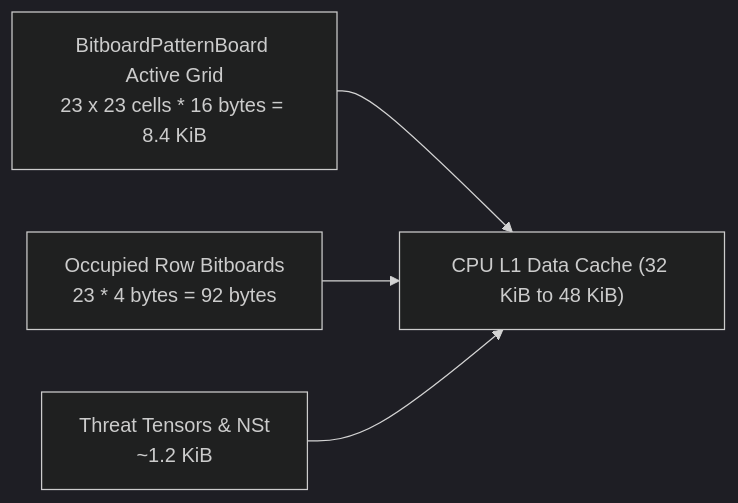
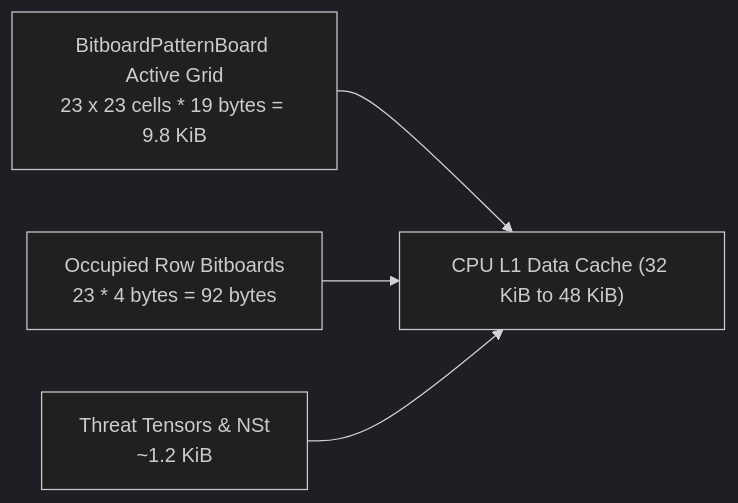
One commit to cjp-dev/Gomoku changed the third of 3 diagrams in docs/brain/15-benchmarks-and-performance.md. Above: the diagram before and after it, drawn with Mermaid (dark theme). The commit also changed other lines of this file and 26 other files, not shown here.

````diff
--- a/docs/brain/15-benchmarks-and-performance.md
+++ b/docs/brain/15-benchmarks-and-performance.md
@@ -275,11 +275,11 @@
 ```mermaid
 flowchart LR
     L1["CPU L1 Data Cache (32 KiB to 48 KiB)"]
-    Cells["BitboardPatternBoard Active Grid<br/>23 x 23 cells * 16 bytes = 8.4 KiB"]
+    Cells["BitboardPatternBoard Active Grid<br/>23 x 23 cells * 19 bytes = 9.8 KiB"]
     Bitboards["Occupied Row Bitboards<br/>23 * 4 bytes = 92 bytes"]
     Tensor["Threat Tensors &amp; NSt<br/>~1.2 KiB"]
     
     Cells --> L1
     Bitboards --> L1
     Tensor --> L1
 ```
````
